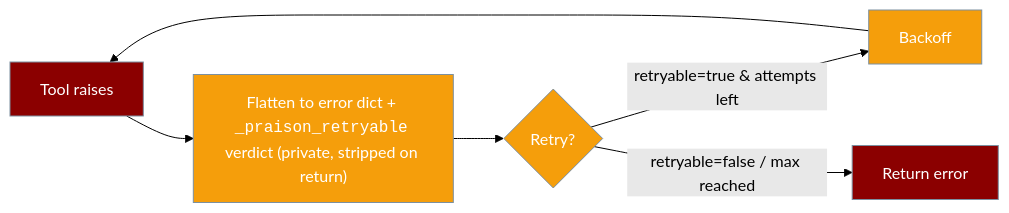
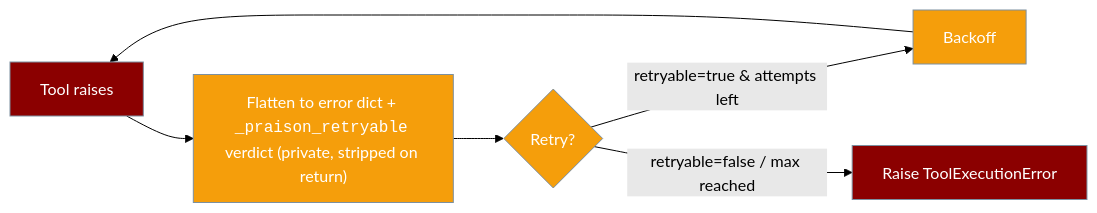
One commit to MervinPraison/PraisonAIDocs changed the third of 5 diagrams in docs/features/tool-retry-policy.mdx. Above: the diagram before and after it, drawn with Mermaid (forest theme). The commit also changed other lines of this file and 5 other files, not shown here.

Commit message:
fix: document achat() raising ToolExecutionError for raised tool exceptions (fixes #4824)

````diff
--- a/docs/features/tool-retry-policy.mdx
+++ b/docs/features/tool-retry-policy.mdx
@@ -250,15 +250,15 @@
 ```mermaid
 graph LR
     Raise[Tool raises] --> Flatten["Flatten to error dict + <code>_praison_retryable</code> verdict (private, stripped on return)"]
     Flatten --> Decide{Retry?}
     Decide -->|retryable=true & attempts left| Backoff[Backoff]
     Backoff --> Raise
-    Decide -->|retryable=false / max reached| Return[Return error]
+    Decide -->|retryable=false / max reached| Return[Raise ToolExecutionError]
 
     classDef err fill:#8B0000,stroke:#7C90A0,color:#fff
     classDef proc fill:#F59E0B,stroke:#7C90A0,color:#fff
     classDef done fill:#10B981,stroke:#7C90A0,color:#fff
 
     class Raise,Return err
     class Flatten,Decide,Backoff proc
 ```
````
